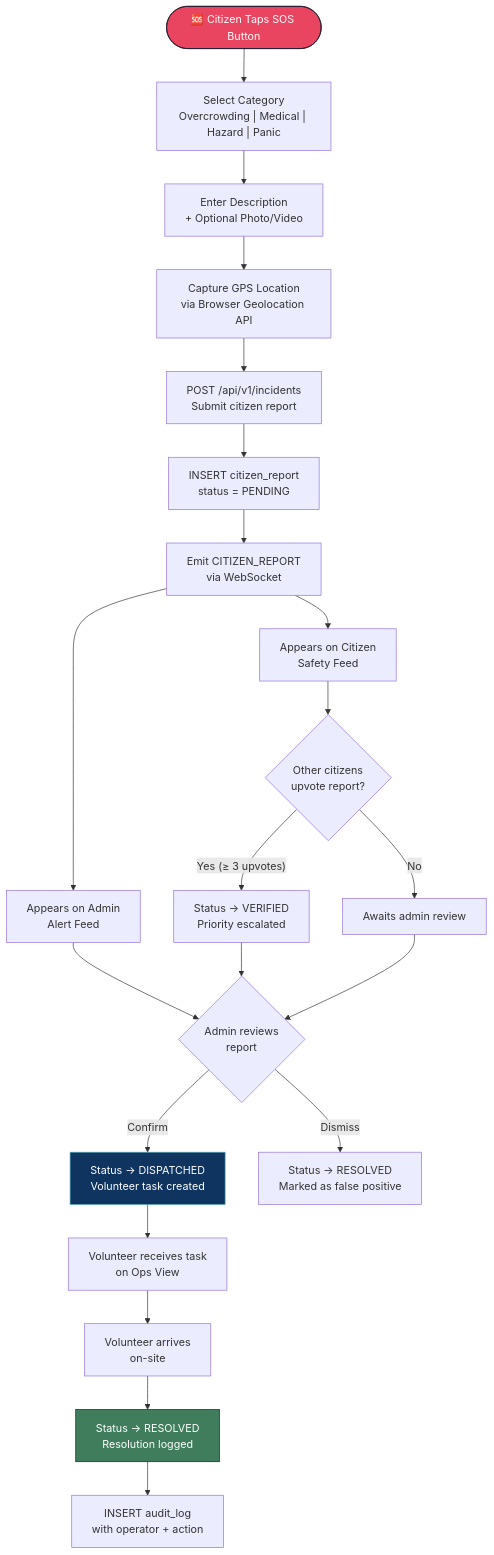
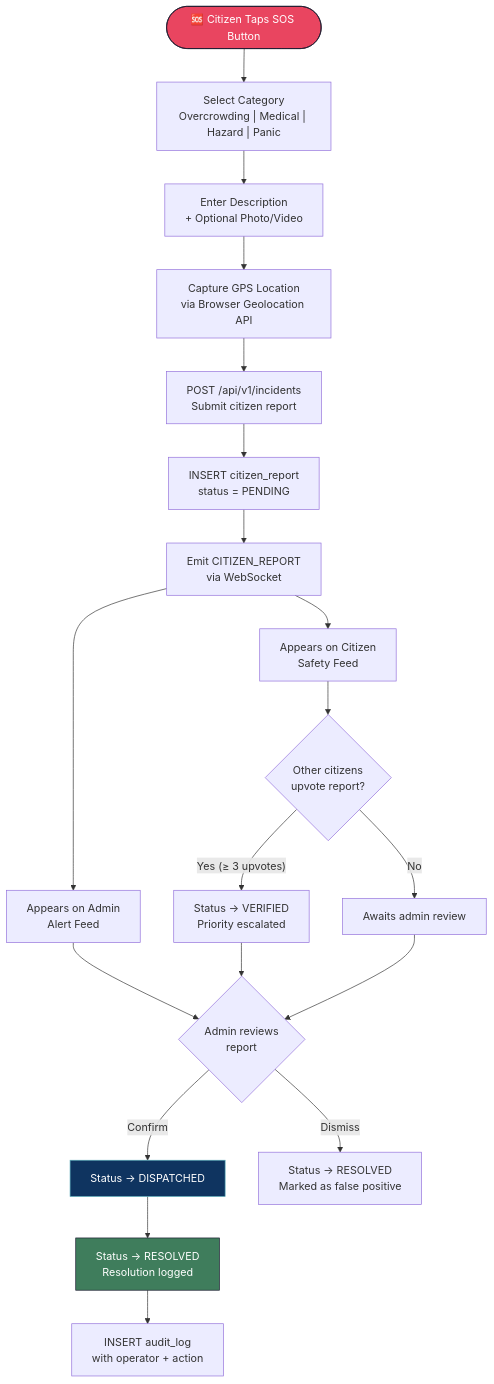
Before and after one commit to Ayutayam-sutar/CrowdShield: the fifth of 7 diagrams in Flowchart.md, drawn with Mermaid. The commit also changed other lines of this file and 1 other file, not shown here.

Commit message:
Flowchart

````diff
--- a/Flowchart.md
+++ b/Flowchart.md
@@ -204,32 +203,30 @@
 ```mermaid
 flowchart TD
     START(["🆘 Citizen Taps SOS Button"]) --> SELECT_CAT["Select Category<br/>Overcrowding | Medical | Hazard | Panic"]
     SELECT_CAT --> DESCRIBE["Enter Description<br/>+ Optional Photo/Video"]
     DESCRIBE --> GPS["Capture GPS Location<br/>via Browser Geolocation API"]
     GPS --> SUBMIT["POST /api/v1/incidents<br/>Submit citizen report"]
 
     SUBMIT --> DB_INSERT["INSERT citizen_report<br/>status = PENDING"]
     DB_INSERT --> WS_NOTIFY["Emit CITIZEN_REPORT<br/>via WebSocket"]
     WS_NOTIFY --> ADMIN_FEED["Appears on Admin<br/>Alert Feed"]
     WS_NOTIFY --> CITIZEN_FEED["Appears on Citizen<br/>Safety Feed"]
 
     CITIZEN_FEED --> UPVOTE{"Other citizens<br/>upvote report?"}
     UPVOTE -->|"Yes (≥ 3 upvotes)"| VERIFY["Status → VERIFIED<br/>Priority escalated"]
     UPVOTE -->|"No"| WAIT["Awaits admin review"]
 
     ADMIN_FEED --> ADMIN_REVIEW{"Admin reviews<br/>report"}
     VERIFY --> ADMIN_REVIEW
     WAIT --> ADMIN_REVIEW
 
-    ADMIN_REVIEW -->|"Confirm"| DISPATCH["Status → DISPATCHED<br/>Volunteer task created"]
+    ADMIN_REVIEW -->|"Confirm"| DISPATCH["Status → DISPATCHED<br/>"]
     ADMIN_REVIEW -->|"Dismiss"| RESOLVE_FALSE["Status → RESOLVED<br/>Marked as false positive"]
 
-    DISPATCH --> VOL_TASK["Volunteer receives task<br/>on Ops View"]
-    VOL_TASK --> ON_SITE["Volunteer arrives<br/>on-site"]
-    ON_SITE --> RESOLVE["Status → RESOLVED<br/>Resolution logged"]
+    DISPATCH -->RESOLVE["Status → RESOLVED<br/>Resolution logged"]
     RESOLVE --> AUDIT["INSERT audit_log<br/>with operator + action"]
 
     style START fill:#e94560,stroke:#1a1a2e,color:#fff
     style DISPATCH fill:#0f3460,stroke:#53a8b6,color:#fff
     style RESOLVE fill:#3f7d5c,stroke:#1a1a2e,color:#fff
 ```
````
